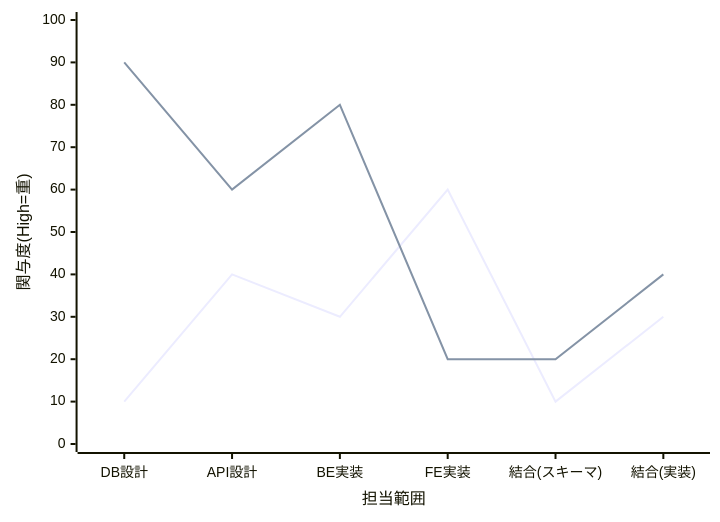
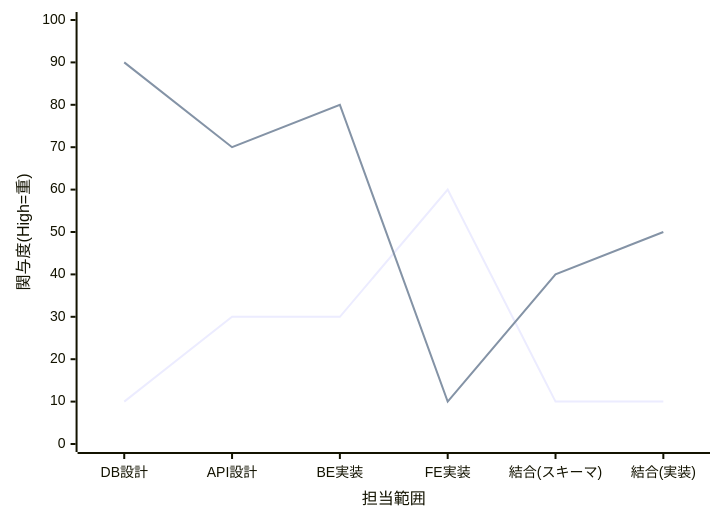
One commit to Hal-Spidernight/slide_tskaigi_hokuriku changed the second of 5 diagrams in pages/section3.md. Above: the diagram before and after it, drawn with Mermaid. The commit also changed other lines of this file, not shown here.

````diff
--- a/pages/section3.md
+++ b/pages/section3.md
@@ -41,7 +50,7 @@
 ```mermaid
 xychart-beta
     x-axis "担当範囲" ["DB設計", "API設計", "BE実装", "FE実装", "結合(スキーマ)", "結合(実装)"]
     y-axis "関与度(High=重)" 0 --> 100
-    line [10, 40, 30, 60, 10, 30]
-    line [90, 60, 80, 20, 20, 40]
+    line [10, 30, 30, 60, 10, 10]
+    line [90, 70, 80, 10, 40, 50]
 ```
````
